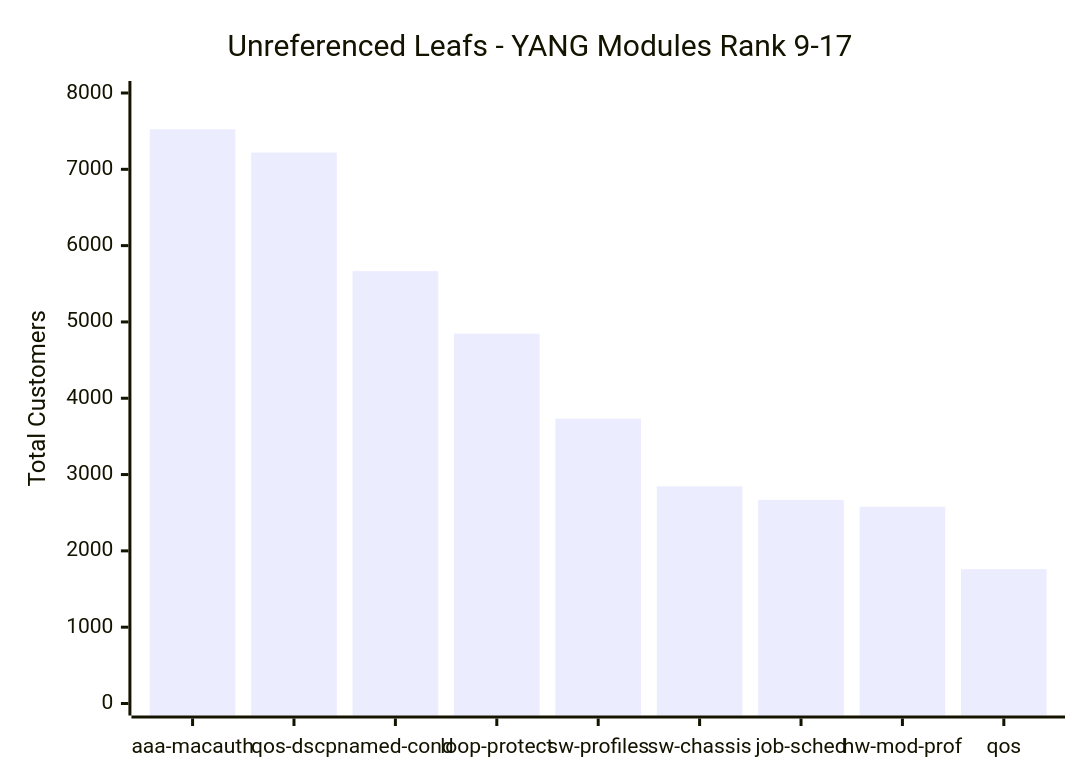
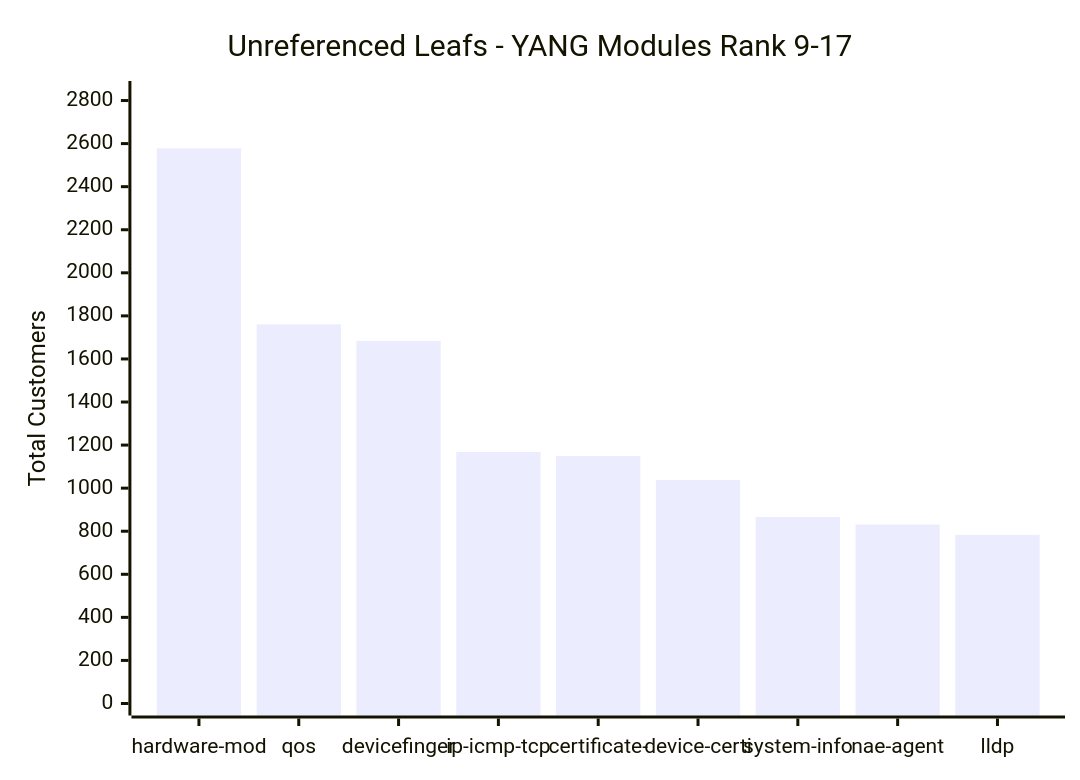
Before and after one commit to Nimisha-Mathews/analysis-yang-data: the second of 3 diagrams in PLM_Unreferenced_Analysis_Report.md, drawn with Mermaid. The commit also changed other lines of this file, not shown here.

````diff
--- a/PLM_Unreferenced_Analysis_Report.md
+++ b/PLM_Unreferenced_Analysis_Report.md
@@ -44,7 +48,7 @@
 ```mermaid
 xychart-beta
     title "Unreferenced Leafs - YANG Modules Rank 9-17"
-    x-axis ["aaa-macauth", "qos-dscp", "named-cond", "loop-protect", "sw-profiles", "sw-chassis", "job-sched", "hw-mod-prof", "qos"]
-    y-axis "Total Customers" 0 --> 8000
-    bar [7525, 7219, 5666, 4847, 3732, 2846, 2668, 2578, 1761]
+    x-axis ["hardware-mod", "qos", "devicefinger", "ip-icmp-tcp", "certificate-", "device-certi", "system-info", "nae-agent", "lldp"]
+    y-axis "Total Customers" 0 --> 2835
+    bar [2578, 1761, 1684, 1168, 1149, 1038, 866, 831, 783]
 ```
````
